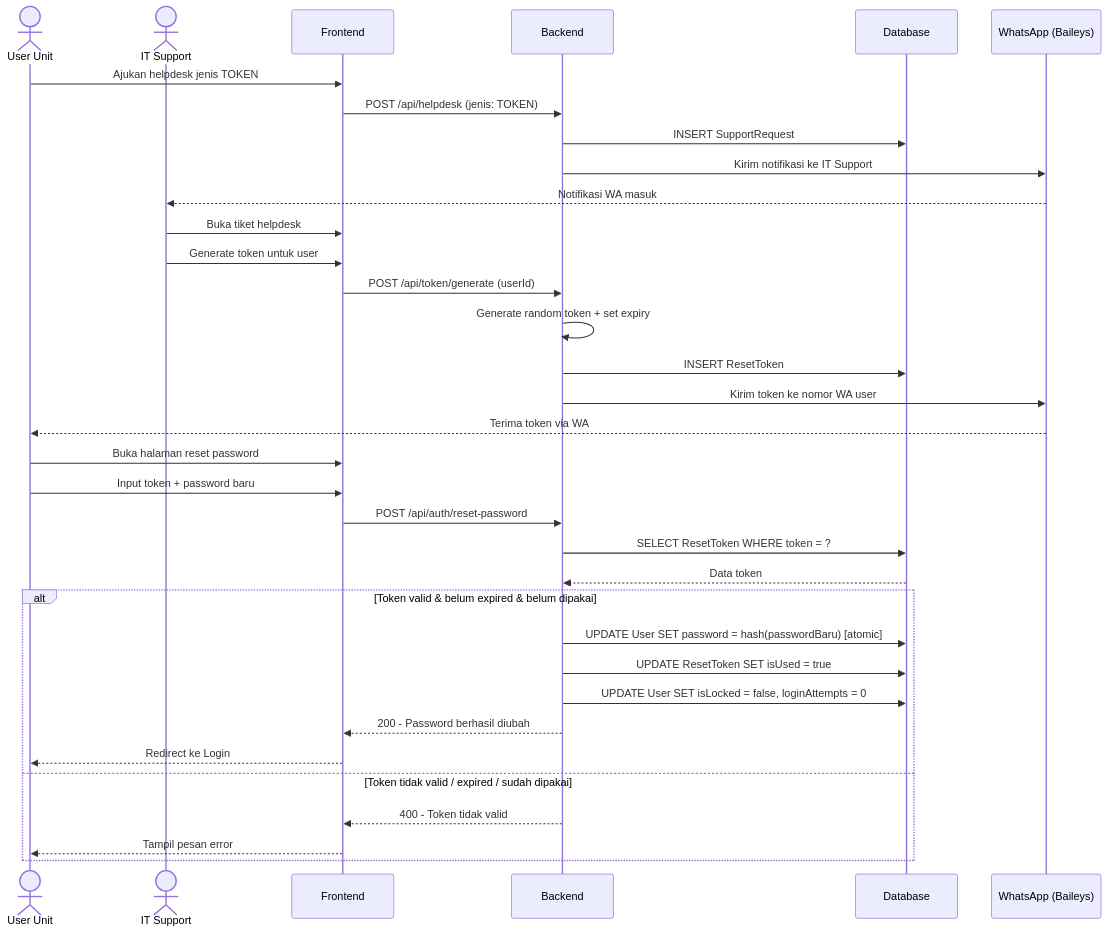
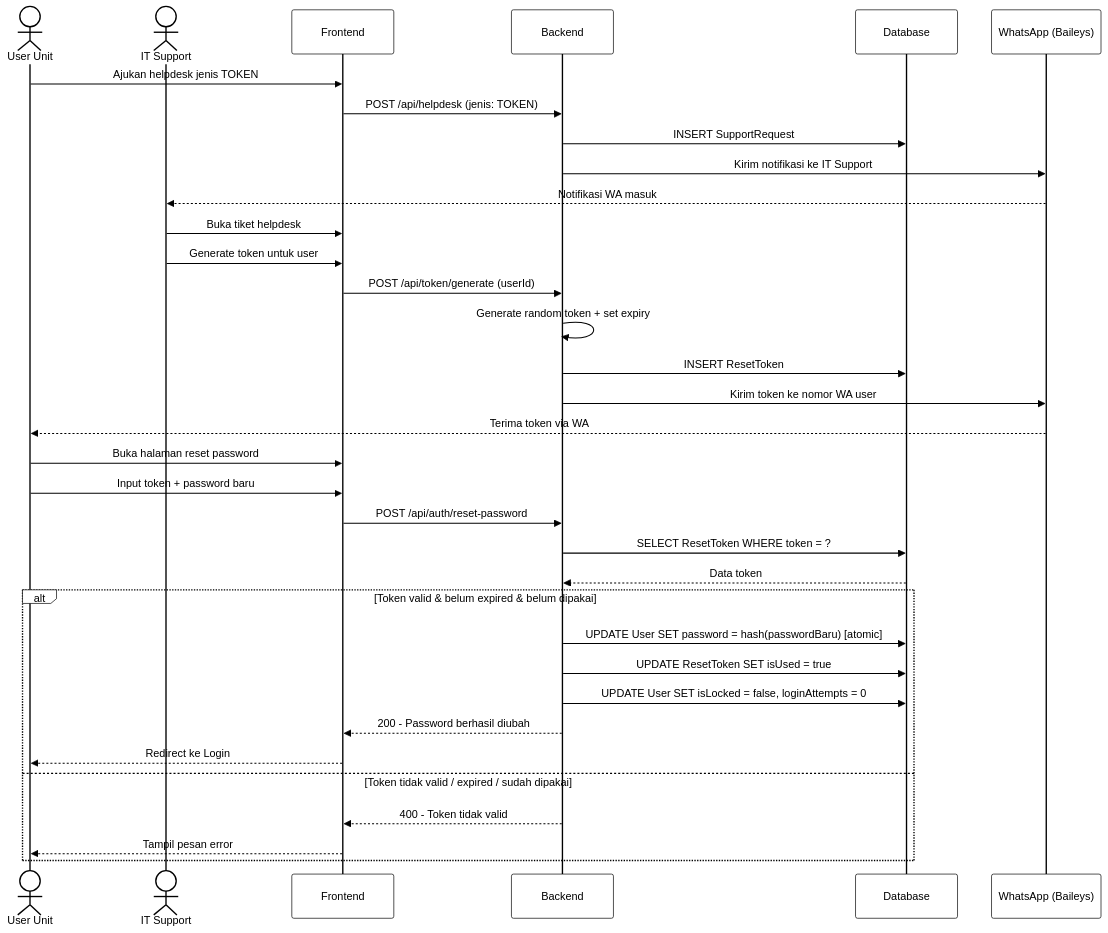
Before and after one commit to Luckystg/Rweichel: the diagram in diagrams/sequence_2_reset_password.md, drawn with Mermaid. The commit also changed 59 other files, not shown here.

````diff
--- a/diagrams/sequence_2_reset_password.md
+++ b/diagrams/sequence_2_reset_password.md
@@ -4,40 +4,41 @@
 ```mermaid
+%%{init: {'theme': 'base', 'themeVariables': {'actorBkg': '#ffffff', 'actorBorder': '#000000', 'actorTextColor': '#000000', 'actorLineColor': '#000000', 'signalColor': '#000000', 'signalTextColor': '#000000', 'labelBoxBkgColor': '#ffffff', 'labelBoxBorderColor': '#000000', 'labelTextColor': '#000000', 'loopTextColor': '#000000', 'noteBkgColor': '#ffffff', 'noteBorderColor': '#000000', 'noteTextColor': '#000000', 'activationBkgColor': '#f0f0f0', 'activationBorderColor': '#000000'}}}%%
 sequenceDiagram
     actor U as User Unit
     actor IT as IT Support
     participant FE as Frontend
     participant BE as Backend
     participant DB as Database
     participant WA as WhatsApp (Baileys)
 
     U->>FE: Ajukan helpdesk jenis TOKEN
     FE->>BE: POST /api/helpdesk (jenis: TOKEN)
     BE->>DB: INSERT SupportRequest
     BE->>WA: Kirim notifikasi ke IT Support
     WA-->>IT: Notifikasi WA masuk
 
     IT->>FE: Buka tiket helpdesk
     IT->>FE: Generate token untuk user
     FE->>BE: POST /api/token/generate (userId)
     BE->>BE: Generate random token + set expiry
     BE->>DB: INSERT ResetToken
     BE->>WA: Kirim token ke nomor WA user
     WA-->>U: Terima token via WA
 
     U->>FE: Buka halaman reset password
     U->>FE: Input token + password baru
     FE->>BE: POST /api/auth/reset-password
     BE->>DB: SELECT ResetToken WHERE token = ?
     DB-->>BE: Data token
 
     alt Token valid & belum expired & belum dipakai
         BE->>DB: UPDATE User SET password = hash(passwordBaru) [atomic]
         BE->>DB: UPDATE ResetToken SET isUsed = true
         BE->>DB: UPDATE User SET isLocked = false, loginAttempts = 0
         BE-->>FE: 200 - Password berhasil diubah
         FE-->>U: Redirect ke Login
     else Token tidak valid / expired / sudah dipakai
         BE-->>FE: 400 - Token tidak valid
         FE-->>U: Tampil pesan error
     end
 ```
````
